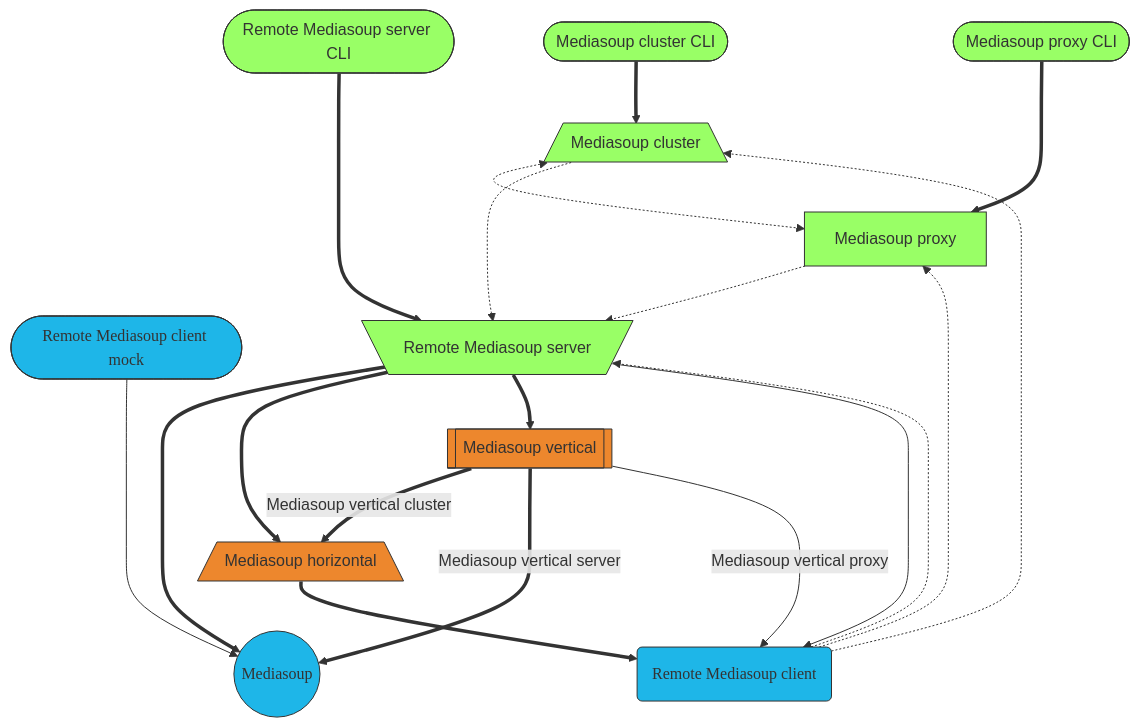
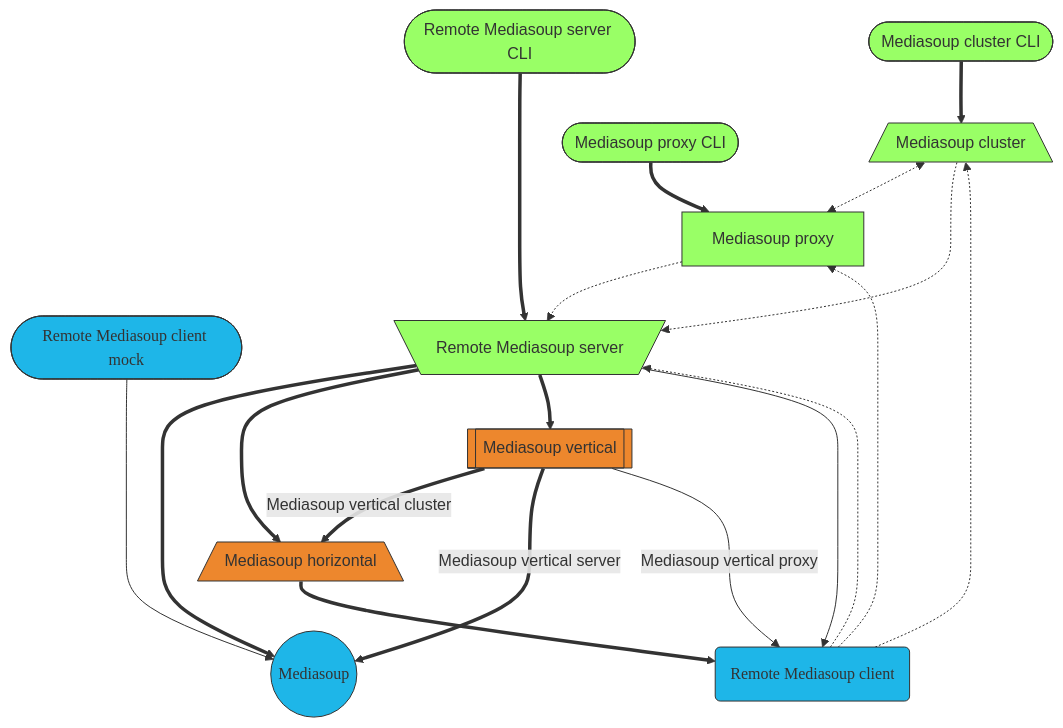
Before and after one commit to Mafalda-SFU/Mafalda-SFU.github.io: the diagram in docs/_pages/projects.md, drawn with Mermaid. The commit also changed 2 other files, not shown here.

Commit message:
Clean-up and fixes

````diff
--- a/docs/_pages/projects.md
+++ b/docs/_pages/projects.md
@@ -10,69 +10,69 @@
 ```mermaid
 graph TD
   mediasoup((Mediasoup))
   mediasoupCluster[/Mediasoup cluster\]
   mediasoupClusterCLI([Mediasoup cluster CLI])
   mediasoupProxy[Mediasoup proxy]
   mediasoupProxyCLI([Mediasoup proxy CLI])
   mediasoupHorizontal[/Mediasoup horizontal\]
   mediasoupVertical[[Mediasoup vertical]]
   remoteMediasoupClient(Remote Mediasoup client)
   remoteMediasoupClientMock([Remote Mediasoup client mock])
   remoteMediasoupServer[\Remote Mediasoup server/]
   remoteMediasoupServerCLI([Remote Mediasoup server CLI])
 
 
   mediasoupCluster <-.-> mediasoupProxy
 
   %% mediasoupCluster -.-> mediasoupCluster
   mediasoupCluster -.-> remoteMediasoupServer
 
   %% mediasoupProxy -.-> mediasoupProxy
   mediasoupProxy -.-> remoteMediasoupServer
 
   mediasoupClusterCLI ==> mediasoupCluster
 
-  mediasoupProxyCLI ===> mediasoupProxy
+  mediasoupProxyCLI ==> mediasoupProxy
 
   mediasoupHorizontal ==> remoteMediasoupClient
 
   mediasoupVertical ==Mediasoup vertical cluster==>  mediasoupHorizontal
   mediasoupVertical ==Mediasoup vertical server ===> mediasoup
   mediasoupVertical --Mediasoup vertical proxy  -->  remoteMediasoupClient
 
   remoteMediasoupClient -.-> mediasoupCluster
   remoteMediasoupClient -.-> mediasoupProxy
   remoteMediasoupClient -.-> remoteMediasoupServer
 
   remoteMediasoupClientMock ----> mediasoup
 
   remoteMediasoupServer ==> mediasoup
   remoteMediasoupServer ==> mediasoupHorizontal
   remoteMediasoupServer ==> mediasoupVertical
   remoteMediasoupServer --> remoteMediasoupClient
 
   remoteMediasoupServerCLI ====> remoteMediasoupServer
 
 
   classDef mafaldaApi         fill:#ED872D,stroke:#333
   classDef mediasoupAPI       fill:#1eb6e8,stroke:#333,font-family:PoiretOne
   classDef remoteMediasoupAPI fill:#9f6,stroke:#333
 
   class mediasoup,remoteMediasoupClient,remoteMediasoupClientMock mediasoupAPI
   class mediasoupHorizontal,mediasoupVertical mafaldaApi
   class mediasoupCluster,mediasoupClusterCLI remoteMediasoupAPI
   class mediasoupProxy,mediasoupProxyCLI remoteMediasoupAPI
   class remoteMediasoupServer,remoteMediasoupServerCLI remoteMediasoupAPI
 
   click mediasoup "https://mediasoup.org/"
   click mediasoupCluster "/Mediasoup-cluster"
   click mediasoupClusterCLI "/Mediasoup-cluster-CLI"
   click mediasoupProxy "/Mediasoup-proxy"
   click mediasoupProxyCLI "/Mediasoup-proxy-CLI"
   click mediasoupHorizontal "/Mediasoup-horizontal"
   click mediasoupVertical "/Mediasoup-vertical"
   click remoteMediasoupClient "/Remote-Mediasoup-client"
   click remoteMediasoupClientMock "/Remote-Mediasoup-client-mock"
   click remoteMediasoupServer "/Remote-Mediasoup-server"
   click remoteMediasoupServerCLI "/Remote-Mediasoup-server-CLI"
 ```
````
